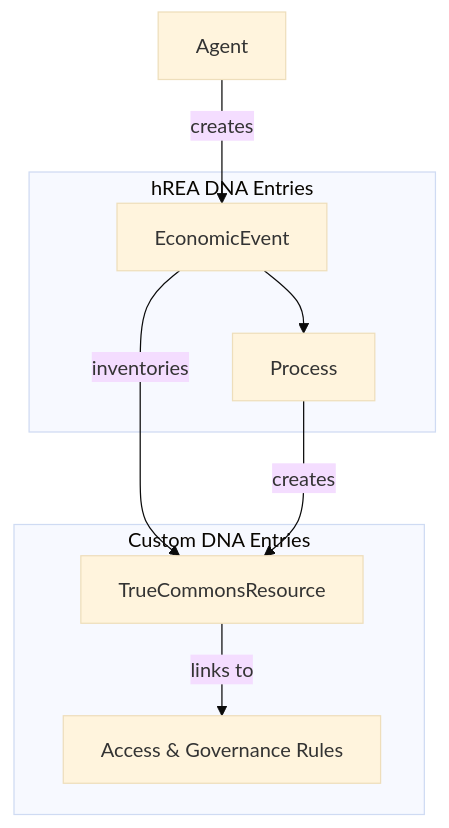
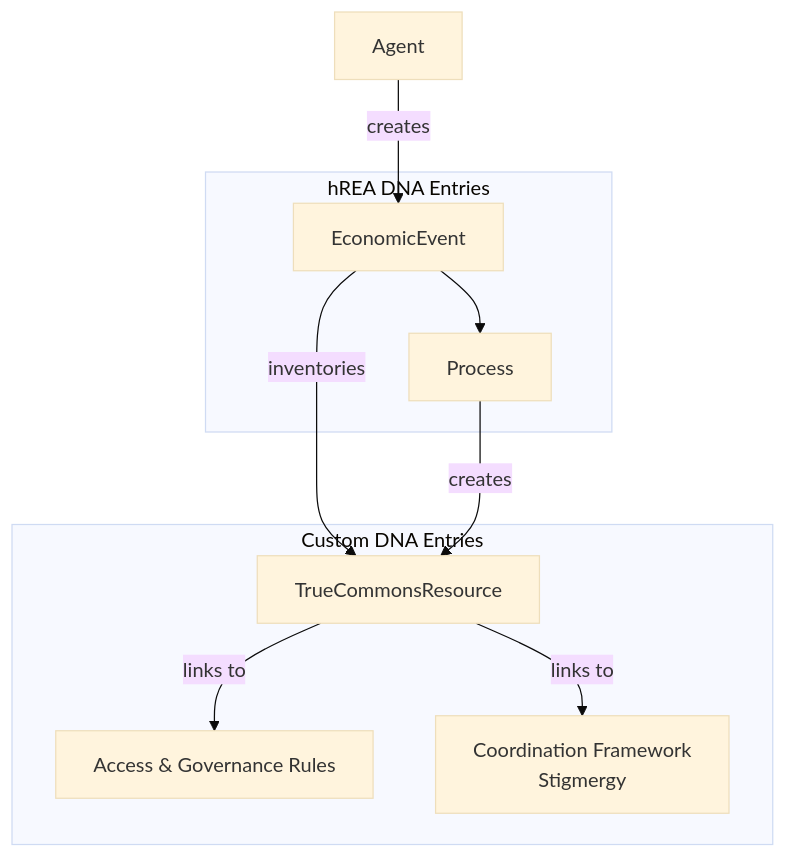
One commit to Sensorica/true_commons changed the second of 2 diagrams in documentation/architecture.md. Above: the diagram before and after it, drawn with Mermaid (base theme). The commit also changed other lines of this file and 1 other file, not shown here.

````diff
--- a/documentation/architecture.md
+++ b/documentation/architecture.md
@@ -38,14 +39,15 @@
 ```mermaid
 graph TD
     subgraph Custom DNA Entries
         TCR[TrueCommonsResource] -- links to --> Rules[Access & Governance Rules]
+        TCR -- links to --> Coord[Coordination Framework<br/>Stigmergy]
     end
 
     subgraph hREA DNA Entries
         EE[EconomicEvent] --> P[Process]
         EE -- "inventories" --> TCR
         P -- "creates" --> TCR
     end
 
     A[Agent] -- "creates" --> EE
 ```
````
